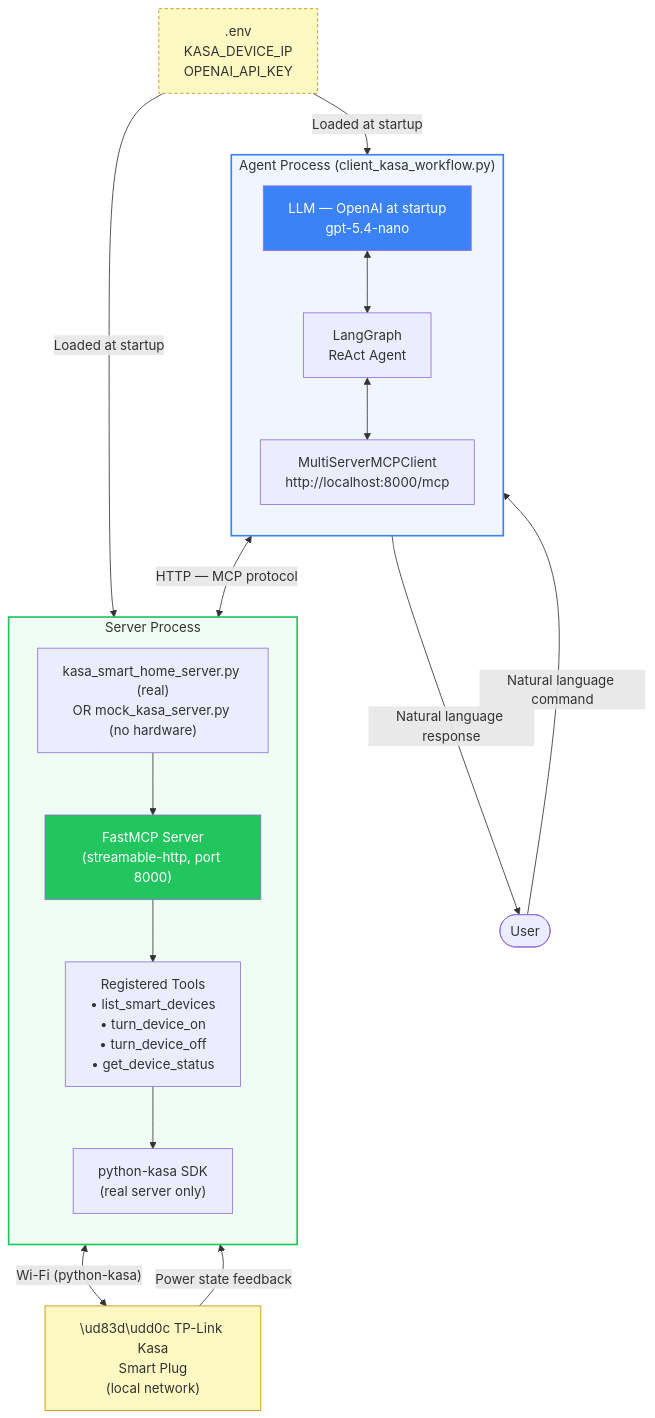
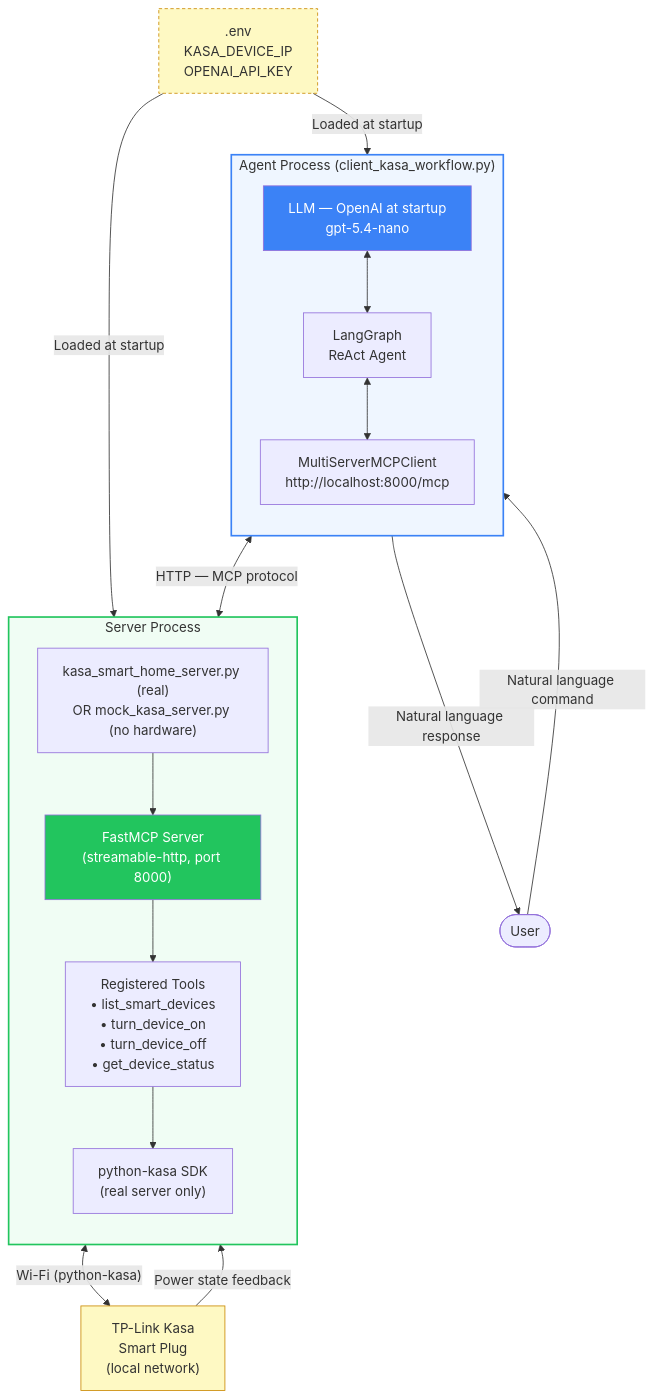
The sixth of 8 diagrams in workflow/workflow.md (mohitagr18/ch08-model-context-protocol), drawn with Mermaid before and after one commit. The commit also changed other lines of this file, not shown here.

Commit message:
Fix formatting of Smart Plug labels in workflow.md

````diff
--- a/workflow/workflow.md
+++ b/workflow/workflow.md
@@ -204,42 +204,42 @@
 ```mermaid
 flowchart TD
     U(["User"])
 
     subgraph AGENT_SIDE ["Agent Process (client_kasa_workflow.py)"]
         direction TB
         LLM["LLM — OpenAI at startup\ngpt-5.4-nano"]
         REACT["LangGraph\nReAct Agent"]
         MCPC["MultiServerMCPClient\nhttp://localhost:8000/mcp"]
         LLM <--> REACT
         REACT <--> MCPC
     end
 
     subgraph SERVER_SIDE ["Server Process"]
         direction TB
         SRVLABEL["kasa_smart_home_server.py (real)\nOR mock_kasa_server.py (no hardware)"]
         FASTMCP["FastMCP Server\n(streamable-http, port 8000)"]
         TOOLS["Registered Tools\n• list_smart_devices\n• turn_device_on\n• turn_device_off\n• get_device_status"]
         KASA_SDK["python-kasa SDK\n(real server only)"]
         SRVLABEL --> FASTMCP
         FASTMCP --> TOOLS
         TOOLS --> KASA_SDK
     end
 
-    PLUG["\ud83d\udd0c TP-Link Kasa\nSmart Plug\n(local network)"]
+    PLUG["TP-Link Kasa\nSmart Plug\n(local network)"]
     ENV[".env\nKASA_DEVICE_IP\nOPENAI_API_KEY"]
 
     U -->|"Natural language command"| REACT
     MCPC <-->|"HTTP — MCP protocol"| FASTMCP
     KASA_SDK <-->|"Wi-Fi (python-kasa)"| PLUG
     PLUG -->|"Power state feedback"| KASA_SDK
     ENV -->|"Loaded at startup"| FASTMCP
     ENV -->|"Loaded at startup"| MCPC
     REACT -->|"Natural language response"| U
 
     style AGENT_SIDE fill:#eff6ff,stroke:#3b82f6,stroke-width:2px
     style SERVER_SIDE fill:#f0fdf4,stroke:#22c55e,stroke-width:2px
     style PLUG fill:#fef9c3,stroke:#ca8a04
     style ENV fill:#fef9c3,stroke:#ca8a04,stroke-dasharray:4 3
     style LLM fill:#3b82f6,color:#fff
     style FASTMCP fill:#22c55e,color:#fff
 ```
````
